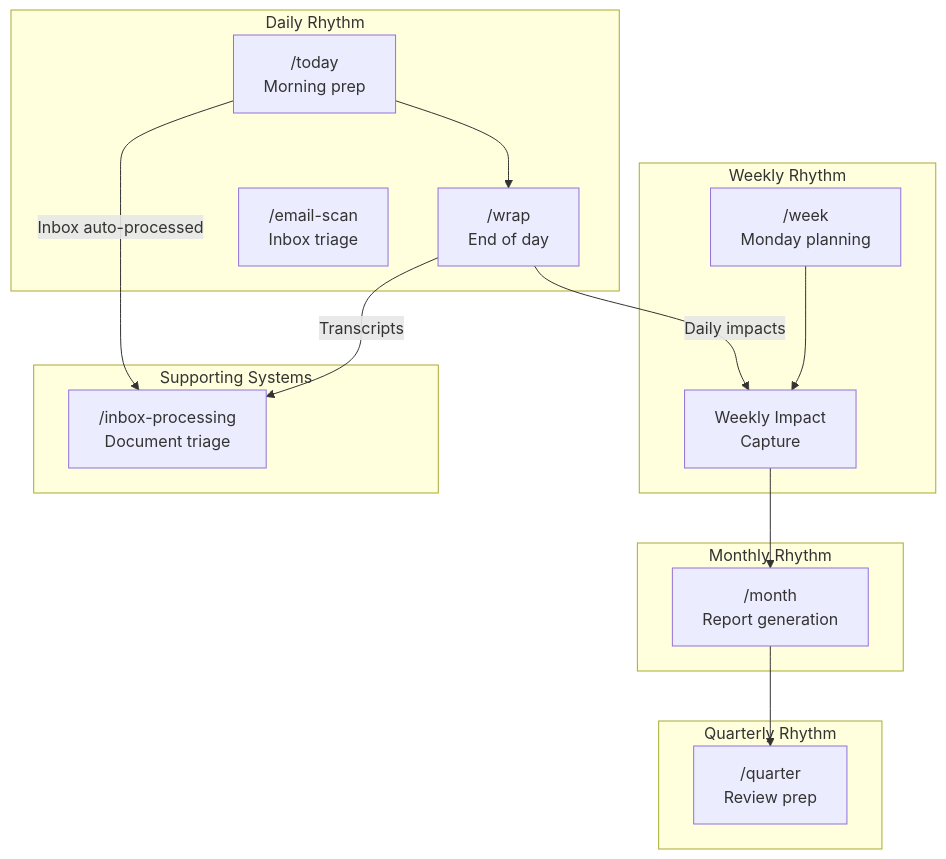
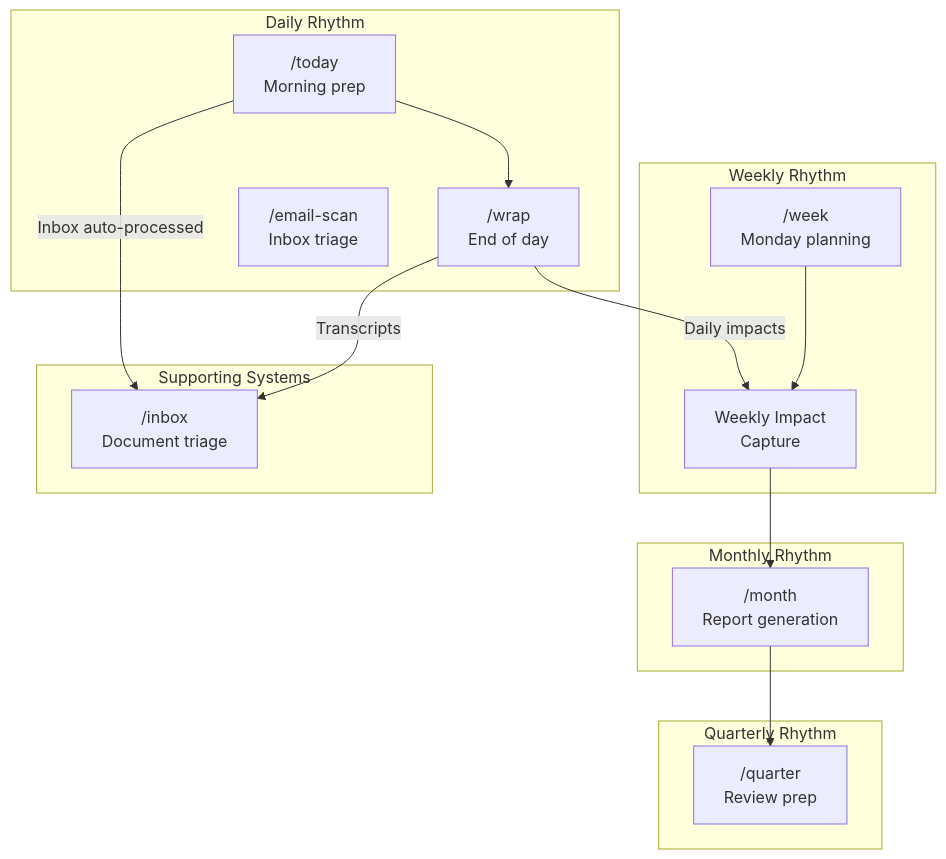
Before and after one commit to jamesgiroux/daily-operating-system: the first of 3 diagrams in docs/guides/index.md, drawn with Mermaid. The commit also changed 6 other files, not shown here.

First line of the commit message:
fix: Rename /inbox-processing to /inbox throughout docs

````diff
--- a/docs/guides/index.md
+++ b/docs/guides/index.md
@@ -20,34 +20,34 @@
 ```mermaid
 flowchart TB
     subgraph Daily["Daily Rhythm"]
         TODAY["/today<br/>Morning prep"]
         WRAP["/wrap<br/>End of day"]
         EMAIL["/email-scan<br/>Inbox triage"]
     end
 
     subgraph Weekly["Weekly Rhythm"]
         WEEK["/week<br/>Monday planning"]
         IMPACT[Weekly Impact<br/>Capture]
     end
 
     subgraph Monthly["Monthly Rhythm"]
         MONTH["/month<br/>Report generation"]
     end
 
     subgraph Quarterly["Quarterly Rhythm"]
         QUARTER["/quarter<br/>Review prep"]
     end
 
     subgraph Supporting["Supporting Systems"]
-        INBOX["/inbox-processing<br/>Document triage"]
+        INBOX["/inbox<br/>Document triage"]
     end
 
     TODAY --> WRAP
     WRAP --> |"Daily impacts"| IMPACT
     WEEK --> IMPACT
     IMPACT --> MONTH
     MONTH --> QUARTER
 
     TODAY --> |"Inbox auto-processed"| INBOX
     WRAP --> |"Transcripts"| INBOX
 ```
````
